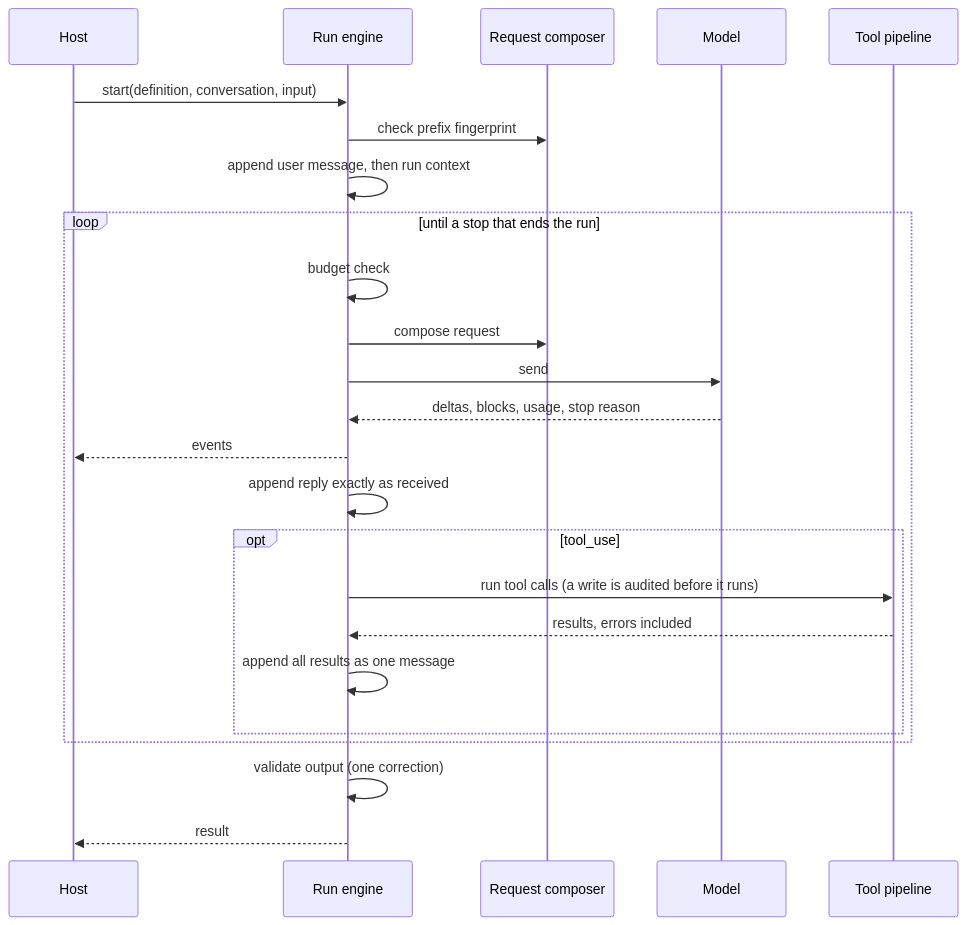
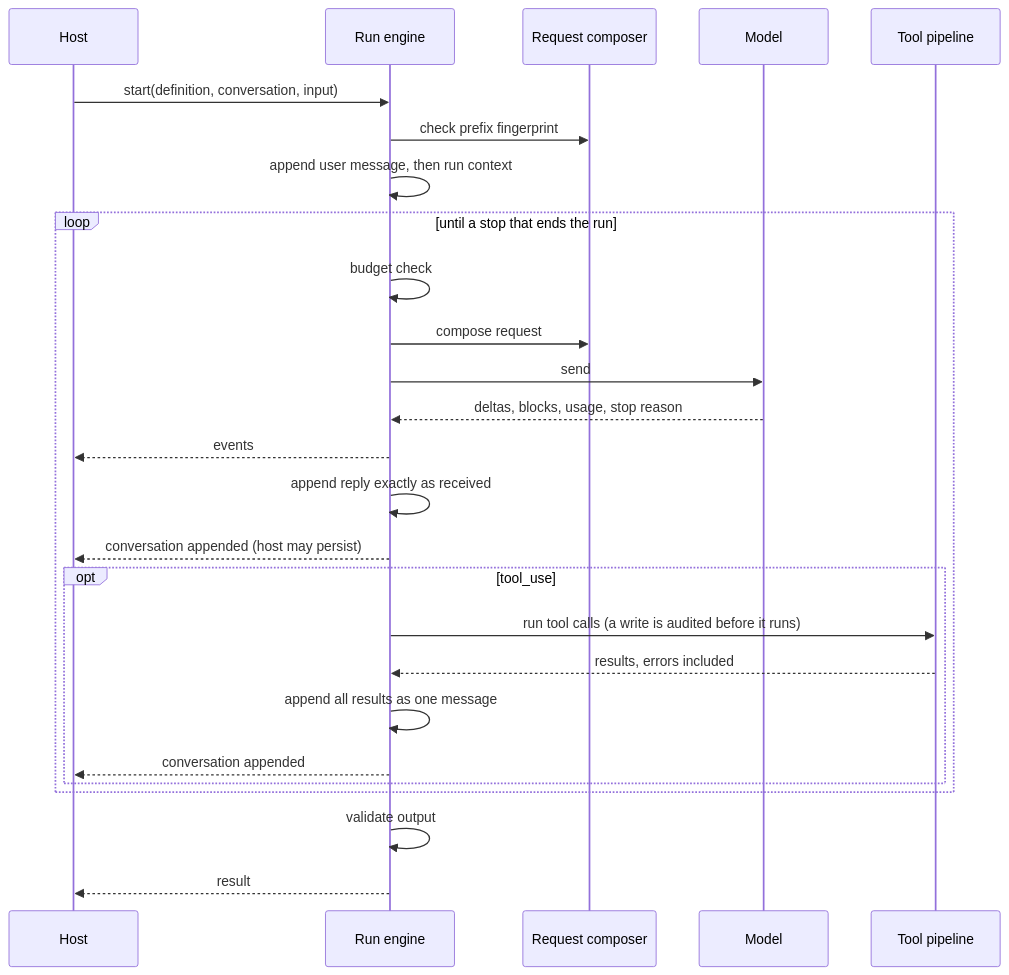
The third of 6 diagrams in ARCHITECTURE.md (sleepyshark85/Officina), drawn with Mermaid before and after one commit. The commit also changed other lines of this file and 2 other files, not shown here.

````diff
--- a/ARCHITECTURE.md
+++ b/ARCHITECTURE.md
@@ -164,26 +165,28 @@
 ```mermaid
 sequenceDiagram
     participant H as Host
     participant E as Run engine
     participant C as Request composer
     participant M as Model
     participant P as Tool pipeline
     H->>E: start(definition, conversation, input)
     E->>C: check prefix fingerprint
     E->>E: append user message, then run context
     loop until a stop that ends the run
         E->>E: budget check
         E->>C: compose request
         E->>M: send
         M-->>E: deltas, blocks, usage, stop reason
         E-->>H: events
         E->>E: append reply exactly as received
+        E-->>H: conversation appended (host may persist)
         opt tool_use
             E->>P: run tool calls (a write is audited before it runs)
             P-->>E: results, errors included
             E->>E: append all results as one message
+            E-->>H: conversation appended
         end
     end
-    E->>E: validate output (one correction)
+    E->>E: validate output
     E-->>H: result
 ```
````
